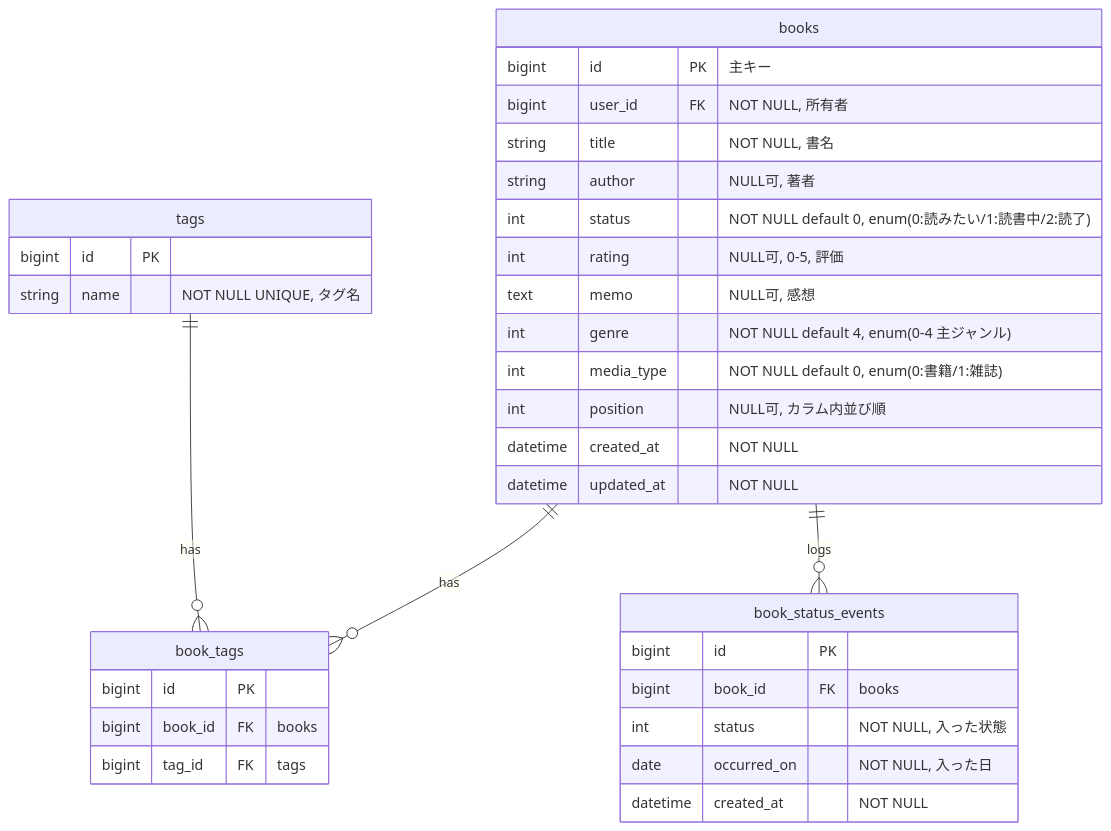
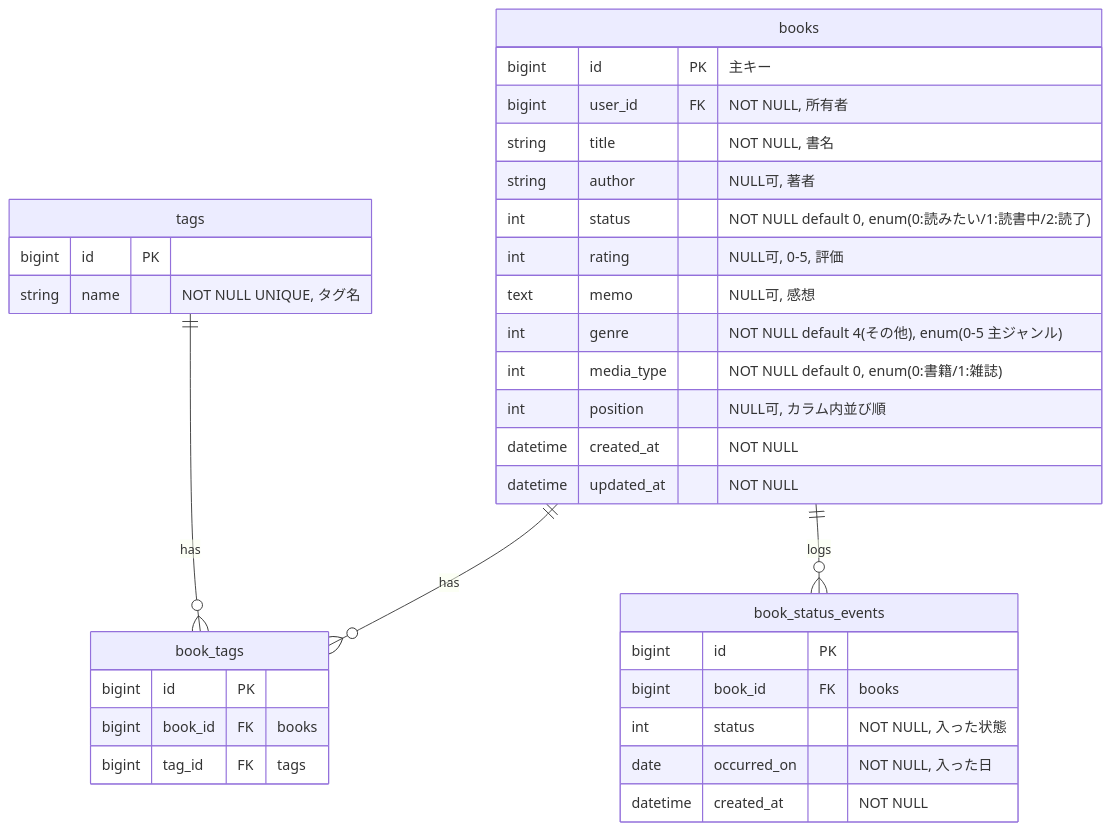
Before and after one commit to adamaru-code/reading-board: the third of 7 diagrams in docs/basic-design.md, drawn with Mermaid. The commit also changed other lines of this file and 6 other files, not shown here.

````diff
--- a/docs/basic-design.md
+++ b/docs/basic-design.md
@@ -81,36 +81,36 @@
 ```mermaid
 erDiagram
     books ||--o{ book_tags : "has"
     tags ||--o{ book_tags : "has"
     books ||--o{ book_status_events : "logs"
     books {
         bigint id PK "主キー"
         bigint user_id FK "NOT NULL, 所有者"
         string title "NOT NULL, 書名"
         string author "NULL可, 著者"
         int status "NOT NULL default 0, enum(0:読みたい/1:読書中/2:読了)"
         int rating "NULL可, 0-5, 評価"
         text memo "NULL可, 感想"
-        int genre "NOT NULL default 4, enum(0-4 主ジャンル)"
+        int genre "NOT NULL default 4(その他), enum(0-5 主ジャンル)"
         int media_type "NOT NULL default 0, enum(0:書籍/1:雑誌)"
         int position "NULL可, カラム内並び順"
         datetime created_at "NOT NULL"
         datetime updated_at "NOT NULL"
     }
     tags {
         bigint id PK
         string name "NOT NULL UNIQUE, タグ名"
     }
     book_tags {
         bigint id PK
         bigint book_id FK "books"
         bigint tag_id FK "tags"
     }
     book_status_events {
         bigint id PK
         bigint book_id FK "books"
         int status "NOT NULL, 入った状態"
         date occurred_on "NOT NULL, 入った日"
         datetime created_at "NOT NULL"
     }
 ```
````
